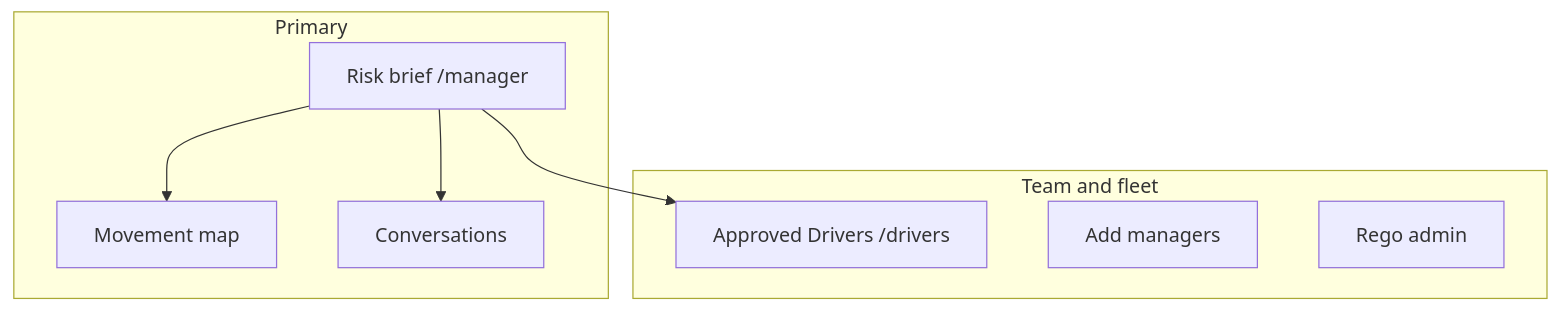
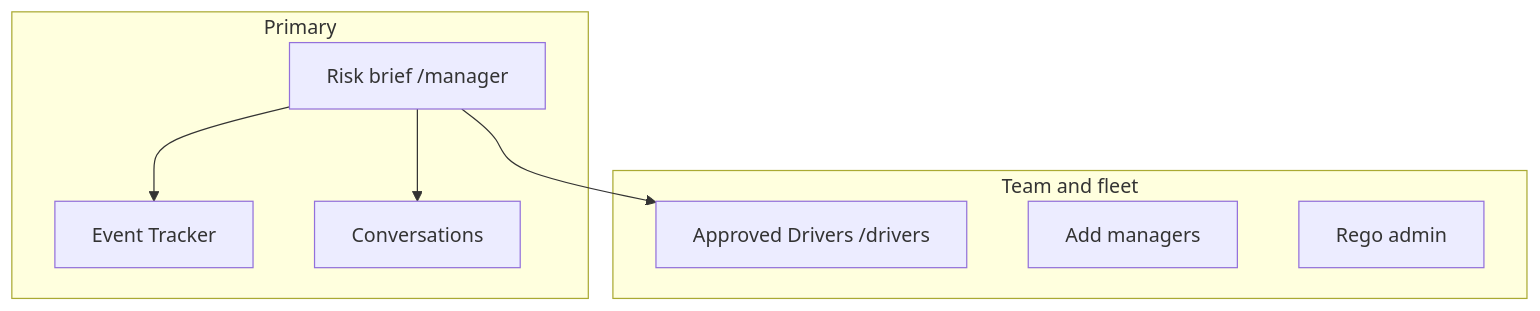
One commit to Rod-Shehan/fatigue-app-latest changed the diagram in app-next/docs/user-guides/manager-ui-guide.md. Above: the diagram before and after it, drawn with Mermaid. The commit also changed other lines of this file and 5 other files, not shown here.

First line of the commit message:
rename(enterprise): Log map page to Event Tracker

````diff
--- a/app-next/docs/user-guides/manager-ui-guide.md
+++ b/app-next/docs/user-guides/manager-ui-guide.md
@@ -22,16 +22,16 @@
 ```mermaid
 flowchart TB
   subgraph primary [Primary]
     RB[Risk brief /manager]
-    MAP[Movement map]
+    MAP[Event Tracker]
     MSG[Conversations]
   end
   subgraph team [Team and fleet]
     DRV[Approved Drivers /drivers]
     MGR[Add managers]
     REG[Rego admin]
   end
   RB --> MAP
   RB --> MSG
   RB --> DRV
 ```
````
